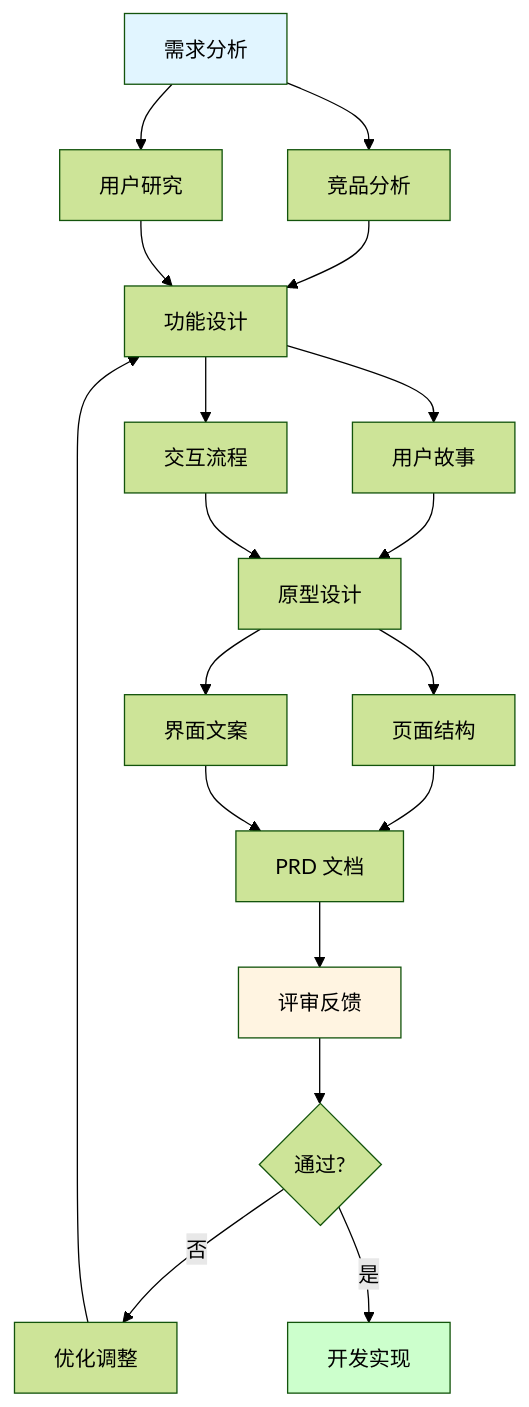
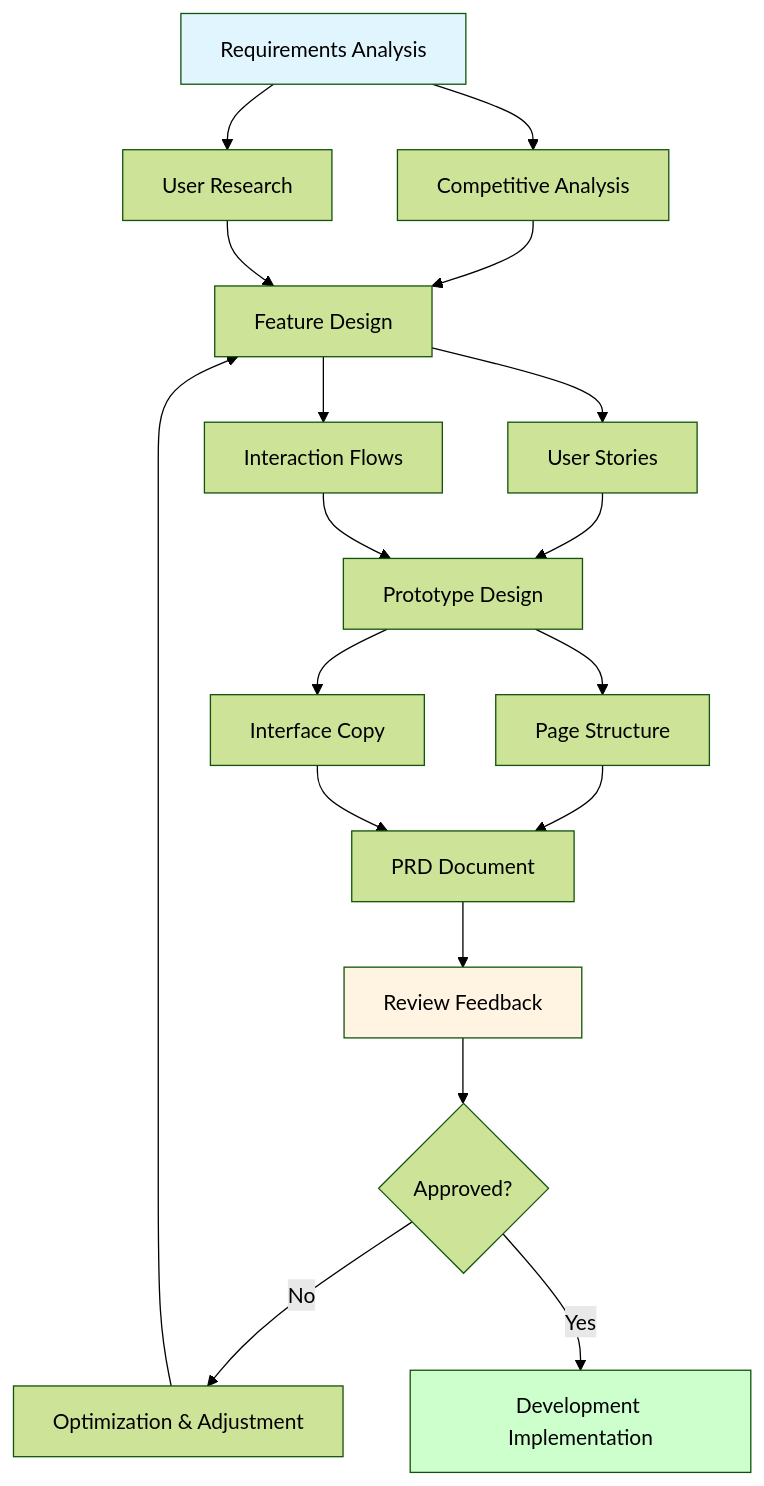
One commit to tianhongTina/ai-literacy-bootcamp changed the first of 2 diagrams in docs/lessons/lesson-4.md. Above: the diagram before and after it, drawn with Mermaid (forest theme). The commit also changed other lines of this file and 18 other files, not shown here.

````diff
--- a/docs/lessons/lesson-4.md
+++ b/docs/lessons/lesson-4.md
@@ -38,29 +38,29 @@
 ```mermaid
 graph TD
-    A[需求分析] --> B[竞品分析]
-    A --> C[用户研究]
-    B --> D[功能设计]
+    A[Requirements Analysis] --> B[Competitive Analysis]
+    A --> C[User Research]
+    B --> D[Feature Design]
     C --> D
     
-    D --> E[用户故事]
-    D --> F[交互流程]
+    D --> E[User Stories]
+    D --> F[Interaction Flows]
     
-    E --> G[原型设计]
+    E --> G[Prototype Design]
     F --> G
     
-    G --> H[页面结构]
-    G --> I[界面文案]
+    G --> H[Page Structure]
+    G --> I[Interface Copy]
     
-    H --> J[PRD 文档]
+    H --> J[PRD Document]
     I --> J
     
-    J --> K[评审反馈]
-    K --> L{通过?}
-    L -->|否| M[优化调整]
+    J --> K[Review Feedback]
+    K --> L{Approved?}
+    L -->|No| M[Optimization & Adjustment]
     M --> D
-    L -->|是| N[开发实现]
+    L -->|Yes| N[Development Implementation]
     
     style A fill:#e1f5ff
     style N fill:#ccffcc
     style K fill:#fff4e1
 ```
````
